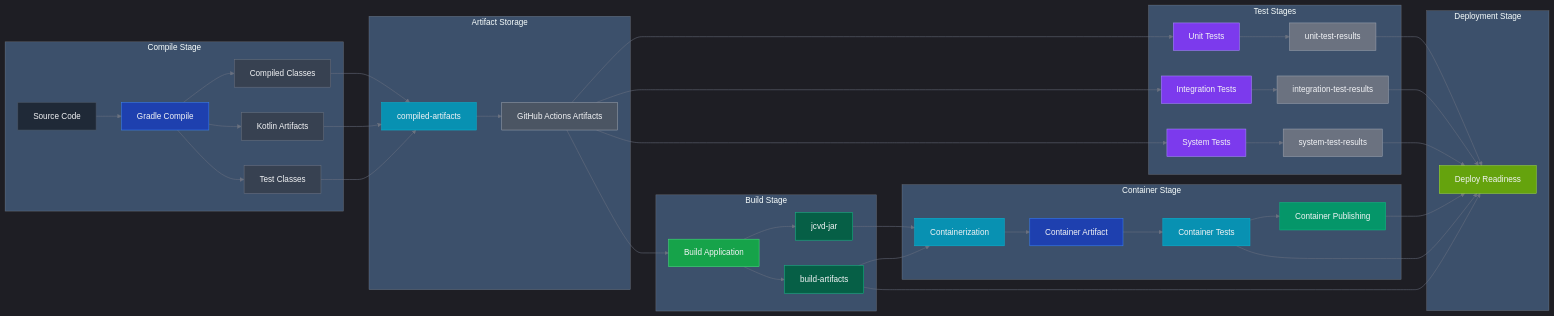
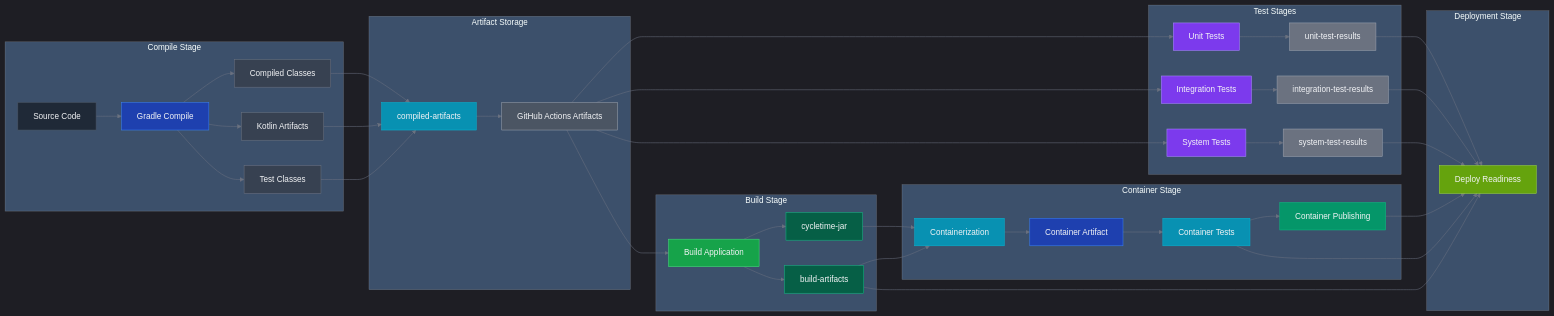
Before and after one commit to spiralhouse/cycletime: the second of 5 diagrams in docs/ci-cd/overview.md, drawn with Mermaid. The commit also changed other lines of this file and 9 other files, not shown here.

````diff
--- a/docs/ci-cd/overview.md
+++ b/docs/ci-cd/overview.md
@@ -76,71 +76,71 @@
 ```mermaid
 %%{init: {'theme':'dark', 'themeVariables': { 'primaryColor':'#1f2937', 'primaryTextColor':'#f3f4f6', 'primaryBorderColor':'#4b5563', 'lineColor':'#6b7280', 'secondaryColor':'#374151', 'tertiaryColor':'#1f2937', 'background':'#111827', 'mainBkg':'#1f2937', 'secondBkg':'#374151', 'tertiaryBkg':'#4b5563', 'textColor':'#f3f4f6', 'labelTextColor':'#f3f4f6', 'nodeTextColor':'#f3f4f6', 'edgeLabelBackground':'#1f2937'}}}%%
 graph LR
     subgraph "Compile Stage"
         A[Source Code] --> B[Gradle Compile]
         B --> C[Compiled Classes]
         B --> D[Kotlin Artifacts]
         B --> E[Test Classes]
     end
     
     subgraph "Artifact Storage"
         C --> F[compiled-artifacts]
         D --> F
         E --> F
         F --> G[GitHub Actions Artifacts]
     end
     
     subgraph "Test Stages"
         G --> H[Unit Tests]
         G --> I[Integration Tests]
         G --> J[System Tests]
         H --> K[unit-test-results]
         I --> L[integration-test-results]
         J --> M[system-test-results]
     end
     
     subgraph "Build Stage"
         G --> N[Build Application]
-        N --> O[jcvd-jar]
+        N --> O[cycletime-jar]
         N --> P[build-artifacts]
     end
     
     subgraph "Container Stage"
         O --> Q[Containerization]
         P --> Q
         Q --> R[Container Artifact]
         R --> S[Container Tests]
         S --> U[Container Publishing]
     end
     
     subgraph "Deployment Stage"
         P --> T[Deploy Readiness]
         K --> T
         L --> T
         M --> T
         S --> T
         U --> T
     end
     
     style A fill:#1f2937,stroke:#4b5563,color:#f3f4f6
     style B fill:#1e40af,stroke:#3b82f6,color:#f3f4f6
     style C fill:#374151,stroke:#6b7280,color:#f3f4f6
     style D fill:#374151,stroke:#6b7280,color:#f3f4f6
     style E fill:#374151,stroke:#6b7280,color:#f3f4f6
     style F fill:#0891b2,stroke:#06b6d4,color:#f3f4f6
     style G fill:#4b5563,stroke:#9ca3af,color:#f3f4f6
     style H fill:#7c3aed,stroke:#a78bfa,color:#f3f4f6
     style I fill:#7c3aed,stroke:#a78bfa,color:#f3f4f6
     style J fill:#7c3aed,stroke:#a78bfa,color:#f3f4f6
     style K fill:#6b7280,stroke:#9ca3af,color:#f3f4f6
     style L fill:#6b7280,stroke:#9ca3af,color:#f3f4f6
     style M fill:#6b7280,stroke:#9ca3af,color:#f3f4f6
     style N fill:#16a34a,stroke:#4ade80,color:#f3f4f6
     style O fill:#065f46,stroke:#10b981,color:#f3f4f6
     style P fill:#065f46,stroke:#10b981,color:#f3f4f6
     style Q fill:#0891b2,stroke:#06b6d4,color:#f3f4f6
     style R fill:#1e40af,stroke:#3b82f6,color:#f3f4f6
     style S fill:#0891b2,stroke:#06b6d4,color:#f3f4f6
     style T fill:#65a30d,stroke:#a3e635,color:#f3f4f6
     style U fill:#059669,stroke:#10b981,color:#f3f4f6
 ```
````
